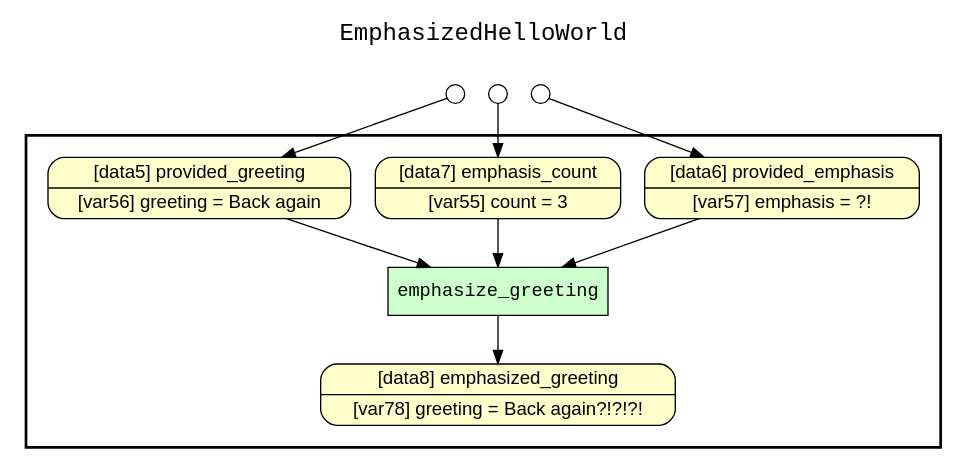
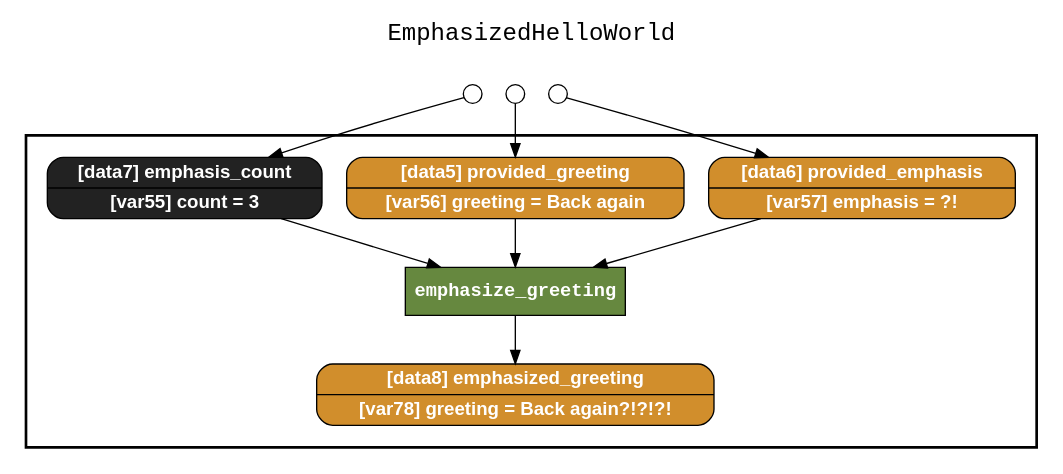
Before and after one commit to yesworkflow-org/yw-noworkflow: the diagram in examples/05_emphasis_function/yw_nw_retrospective_lineage.gv, drawn with Graphviz. The commit also changed 27 other files, not shown here.

Commit message:
New graphviz style for retrospective lineage graph.

```diff
--- a/examples/05_emphasis_function/yw_nw_retrospective_lineage.gv
+++ b/examples/05_emphasis_function/yw_nw_retrospective_lineage.gv
@@ -1,35 +1,36 @@
 
 digraph yw_data_view {
 rankdir=TB
 fontname=Courier; fontsize=18; labelloc=t
 label="EmphasizedHelloWorld"
 subgraph cluster_workflow { label=""; color=black; penwidth=2
 subgraph cluster_workflow_inner { label=""; color=white
-node[shape=box style="filled" fillcolor="#CCFFCC" peripheries=1 fontname=Courier]
+node[shape=box style=filled fillcolor="#66883F" peripheries=1 fontname="Courier-Bold" fontcolor=white]
 emphasize_greeting
 node[shape=box style="filled" fillcolor="#CCFFCC" peripheries=1 fontname=Courier]
-node[shape=box style="rounded,filled" fillcolor="#FFFFCC" peripheries=1 fontname=Helvetica]
+node[shape=box style="rounded,filled" fillcolor="#D18E2C" peripheries=1 fontname="Helvetica-Bold"]
 emphasized_greeting [shape=record rankdir=LR label="{<f0> [data8] emphasized_greeting |<f1> [var78] greeting = Back again?!?!?!}"]
 provided_emphasis [shape=record rankdir=LR label="{<f0> [data6] provided_emphasis |<f1> [var57] emphasis = ?!}"]
+provided_greeting [shape=record rankdir=LR label="{<f0> [data5] provided_greeting |<f1> [var56] greeting = Back again}"]
+node[shape=box style="rounded,filled" fillcolor="#222222" peripheries=1 fontname="Helvetica-Bold"]
 emphasis_count [shape=record rankdir=LR label="{<f0> [data7] emphasis_count |<f1> [var55] count = 3}"]
-provided_greeting [shape=record rankdir=LR label="{<f0> [data5] provided_greeting |<f1> [var56] greeting = Back again}"]
 }}
 subgraph cluster_inflows { label=""; color=white; penwidth=2
 subgraph cluster_inflows_inner { label=""; color=white
 node[shape=circle fillcolor="#FFFFFF" peripheries=1 width=0.2]
 provided_greeting_inflow [label=""]
 provided_emphasis_inflow [label=""]
 emphasis_count_inflow [label=""]
 }}
 subgraph cluster_outflows { label=""; color=white; penwidth=2
 subgraph cluster_outflows_inner { label=""; color=white
 node[shape=circle fillcolor="#FFFFFF" peripheries=1 width=0.2]
 }}
 emphasis_count -> emphasize_greeting
 provided_emphasis -> emphasize_greeting
 provided_greeting -> emphasize_greeting
 emphasize_greeting -> emphasized_greeting
 provided_greeting_inflow -> provided_greeting
 provided_emphasis_inflow -> provided_emphasis
 emphasis_count_inflow -> emphasis_count
 }
```
